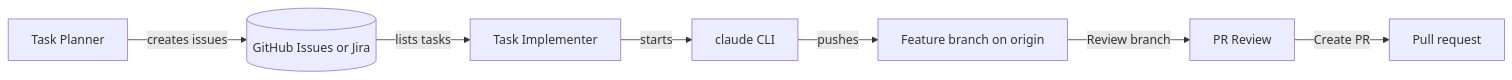
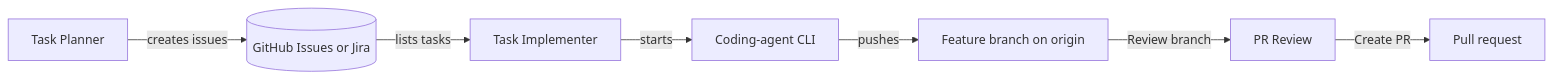
Before and after one commit to nddipiazza/robos: the diagram in docs/training/agent-tasks.md, drawn with Mermaid. The commit also changed other lines of this file and 23 other files, not shown here.

Commit message:
feat(task-implementer): use shared <robos-agent-selector> and add Claude Code, Copilot and AGY to the agent catalog and runner

````diff
--- a/docs/training/agent-tasks.md
+++ b/docs/training/agent-tasks.md
@@ -26,9 +26,9 @@
 ```mermaid
 flowchart LR
     A["Task Planner"] -->|creates issues| B[("GitHub Issues or Jira")]
     B -->|lists tasks| C["Task Implementer"]
-    C -->|starts| D["claude CLI"]
+    C -->|starts| D["Coding-agent CLI"]
     D -->|pushes| E["Feature branch on origin"]
     E -->|Review branch| F["PR Review"]
     F -->|Create PR| G["Pull request"]
 ```
````
